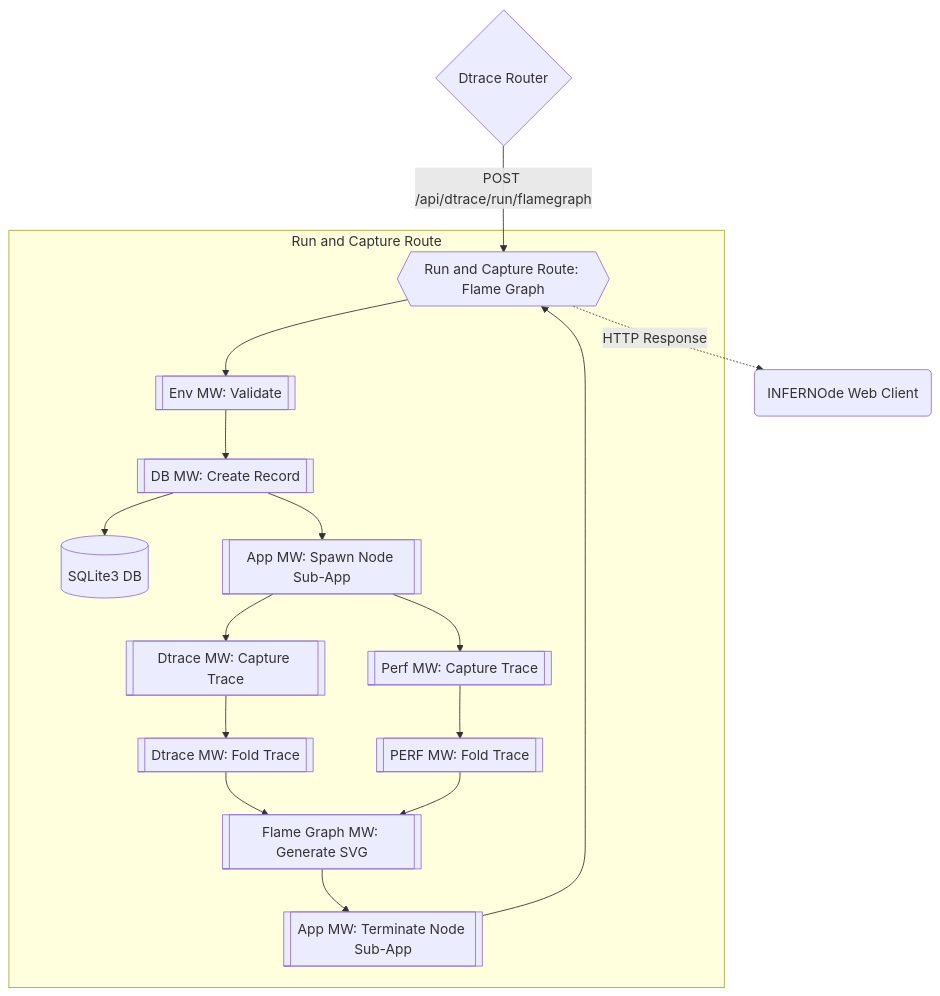
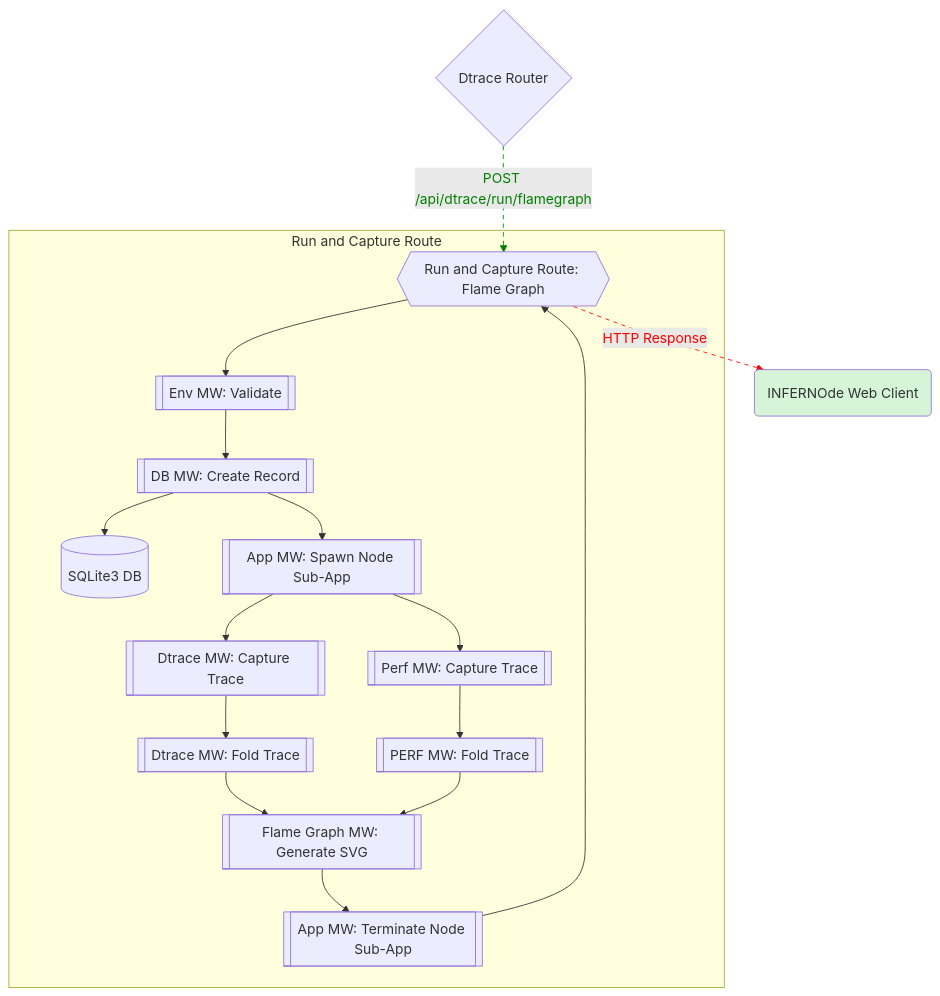
One commit to oslabs-beta/infernode changed the second of 2 diagrams in docs/arch-diagrams.md. Above: the diagram before and after it, drawn with Mermaid. The commit also changed other lines of this file, not shown here.

````diff
--- a/docs/arch-diagrams.md
+++ b/docs/arch-diagrams.md
@@ -30,19 +33,22 @@
 ```mermaid
 graph TD;
     RT{"Dtrace Router"} --> |"POST /api/dtrace/run/flamegraph"| RRC{{"Run and Capture Route: Flame Graph"}};
+    linkStyle 0 stroke:green,color:green,stroke-dasharray: 5 5;
     subgraph "Run and Capture Route";
     RRC --> ME[["Env MW: Validate"]];
     ME --> MDB[["DB MW: Create Record"]];
     MDB --> SQL[("SQLite3 DB")];
     MDB --> MA1[["App MW: Spawn Node Sub-App"]];
     MA1 --> MDT1[["Dtrace MW: Capture Trace"]];
     MA1 --> MPT1[["Perf MW: Capture Trace"]];
     MDT1 --> MDT2[["Dtrace MW: Fold Trace"]];
     MPT1 --> MPT2[["PERF MW: Fold Trace"]];
     MDT2 --> MFG[["Flame Graph MW: Generate SVG"]];
     MPT2 --> MFG;
     MFG --> MA2[["App MW: Terminate Node Sub-App"]];
     MA2 --> RRC;
     end;
+    style C fill:#D6F5D8
     RRC -.-> |"HTTP Response"| C("INFERNOde Web Client");
+    linkStyle 13 stroke:red,color:red,stroke-dasharray: 5 5;
 ```
````
